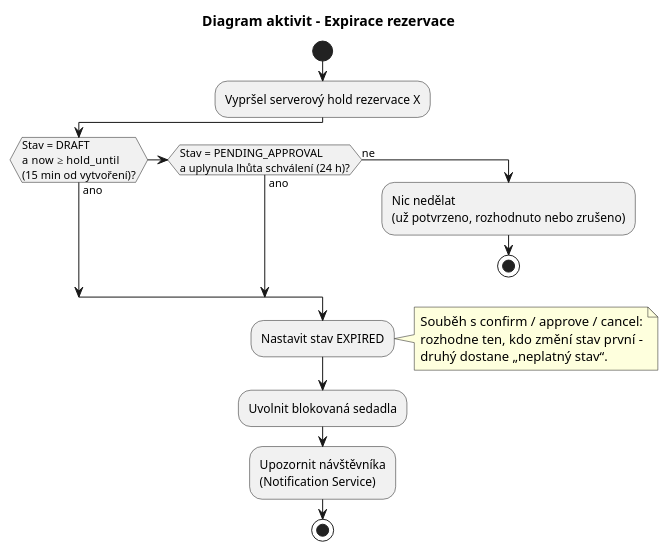
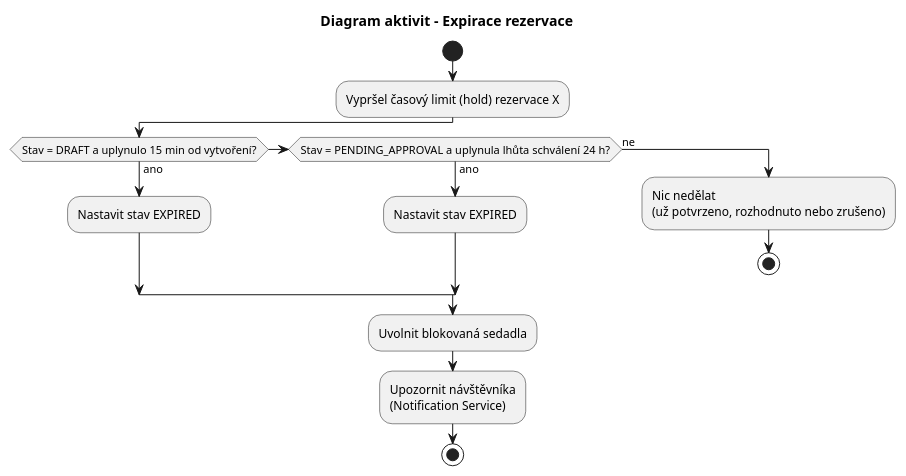
The diagram in docs/diagrams/c02/activity-expiration.puml (jn-flk/SWI), drawn with PlantUML before and after one commit. The commit also changed 7 other files, not shown here.

```diff
--- a/docs/diagrams/c02/activity-expiration.puml
+++ b/docs/diagrams/c02/activity-expiration.puml
@@ -1,22 +1,26 @@
 @startuml
 title Diagram aktivit – Expirace rezervace
 
 |Systém|
 start
-:Vypršel serverový hold rezervace X;
-if (Stav = DRAFT\na now ≥ hold_until\n(15 min od vytvoření)?) then (ano)
-elseif (Stav = PENDING_APPROVAL\na uplynula lhůta schválení (24 h)?) then (ano)
+:Vypršel časový limit (hold) rezervace X;
+
+if (Stav = DRAFT a uplynulo 15 min od vytvoření?) then (ano)
+  :Nastavit stav EXPIRED;
+elseif (Stav = PENDING_APPROVAL a uplynula lhůta schválení 24 h?) then (ano)
+  :Nastavit stav EXPIRED;
 else (ne)
   :Nic nedělat\n(už potvrzeno, rozhodnuto nebo zrušeno);
   stop
 endif
-:Nastavit stav EXPIRED;
+
 note right
-  Souběh s confirm / approve / cancel:
-  rozhodne ten, kdo změní stav první –
-  druhý dostane „neplatný stav“.
+  **Souběh s confirm / approve / cancel:**
+  Rozhodne ten, kdo změní stav první.
+  Druhý proces dostane chybu „neplatný stav“.
 end note
+
 :Uvolnit blokovaná sedadla;
 :Upozornit návštěvníka\n(Notification Service);
 stop
 @enduml
```
